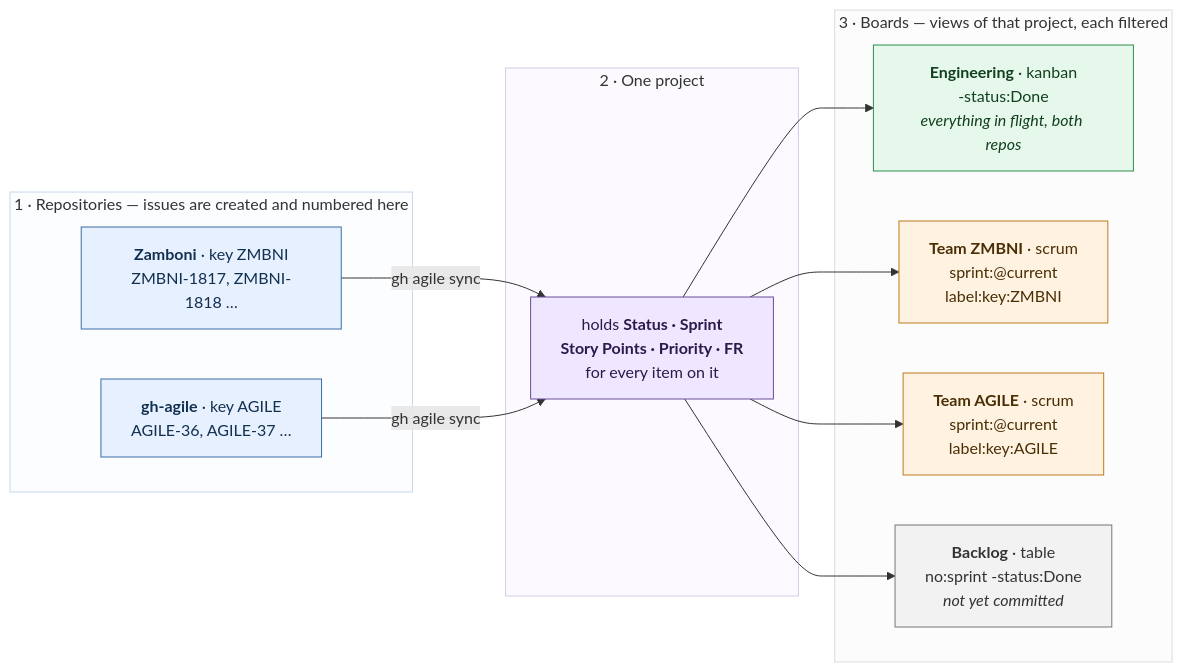
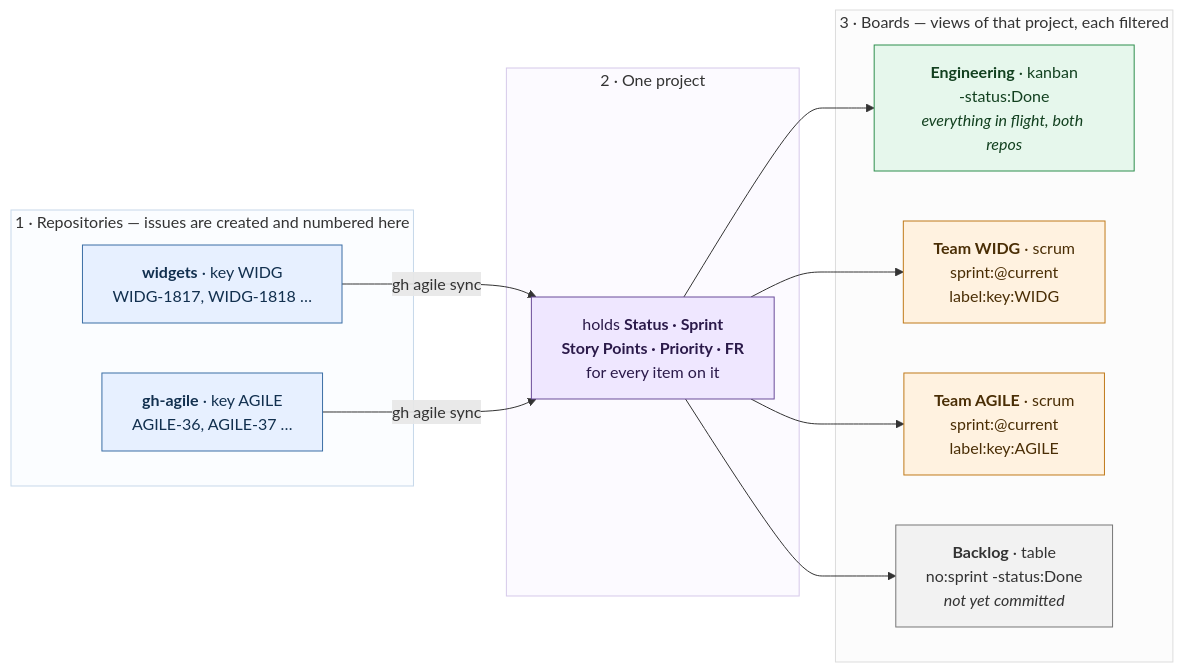
The first of 2 diagrams in USER_GUIDE.md (paulcaron16k/gh-agile), drawn with Mermaid before and after one commit. The commit also changed other lines of this file and 32 other files, not shown here.

````diff
--- a/USER_GUIDE.md
+++ b/USER_GUIDE.md
@@ -366,39 +366,39 @@
 ```mermaid
 flowchart LR
     subgraph repos["1 · Repositories — issues are created and numbered here"]
-        RZ["<b>Zamboni</b> · key ZMBNI<br/>ZMBNI-1817, ZMBNI-1818 …"]
+        RZ["<b>widgets</b> · key WIDG<br/>WIDG-1817, WIDG-1818 …"]
         RA["<b>gh-agile</b> · key AGILE<br/>AGILE-36, AGILE-37 …"]
     end
 
     subgraph project["2 · One project"]
         P["holds <b>Status · Sprint</b><br/><b>Story Points · Priority · FR</b><br/>for every item on it"]
     end
 
     subgraph boards["3 · Boards — views of that project, each filtered"]
         BE["<b>Engineering</b> · kanban<br/>-status:Done<br/><i>everything in flight, both repos</i>"]
-        BZ["<b>Team ZMBNI</b> · scrum<br/>sprint:@current<br/>label:key:ZMBNI"]
+        BZ["<b>Team WIDG</b> · scrum<br/>sprint:@current<br/>label:key:WIDG"]
         BA["<b>Team AGILE</b> · scrum<br/>sprint:@current<br/>label:key:AGILE"]
         BB["<b>Backlog</b> · table<br/>no:sprint -status:Done<br/><i>not yet committed</i>"]
     end
 
     RZ -- "gh agile sync" --> P
     RA -- "gh agile sync" --> P
     P --> BE
     P --> BZ
     P --> BA
     P --> BB
 
     classDef repo fill:#e7f0ff,stroke:#3b6ea5,color:#12304f
     classDef proj fill:#efe7ff,stroke:#6b4c9a,color:#2b1a4a
     classDef kan  fill:#e6f7ec,stroke:#2f8f4e,color:#12401f
     classDef scr  fill:#fff2e0,stroke:#c07a1a,color:#4a2e05
     classDef bkl  fill:#f2f2f2,stroke:#777,color:#333
     class RZ,RA repo
     class P proj
     class BE kan
     class BZ,BA scr
     class BB bkl
     style repos fill:#fbfdff,stroke:#c7d8ea
     style project fill:#fcfaff,stroke:#d6c9ea
     style boards fill:#fcfcfc,stroke:#ddd
 ```
````
